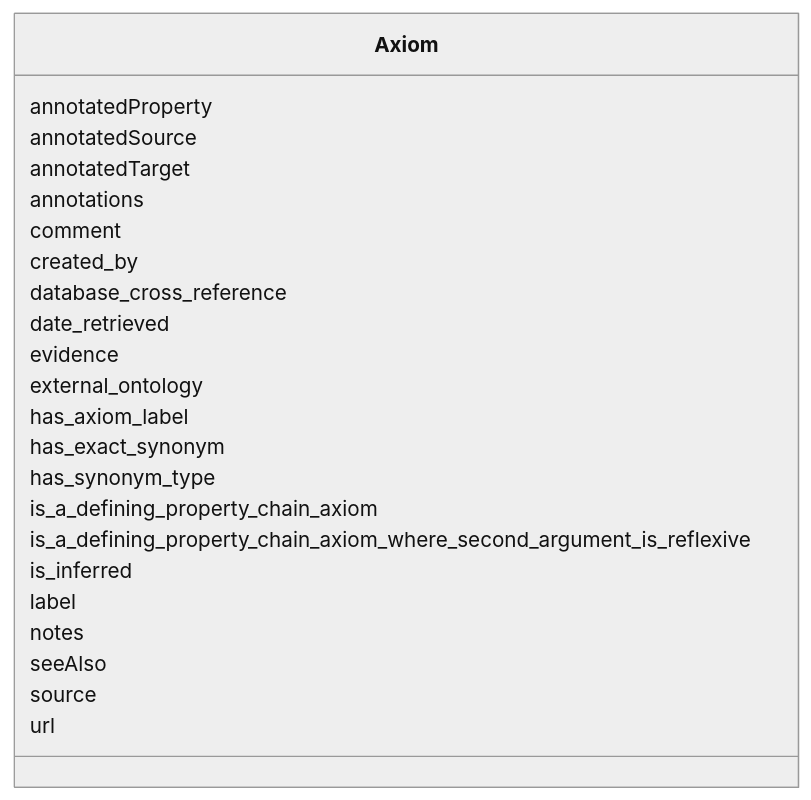
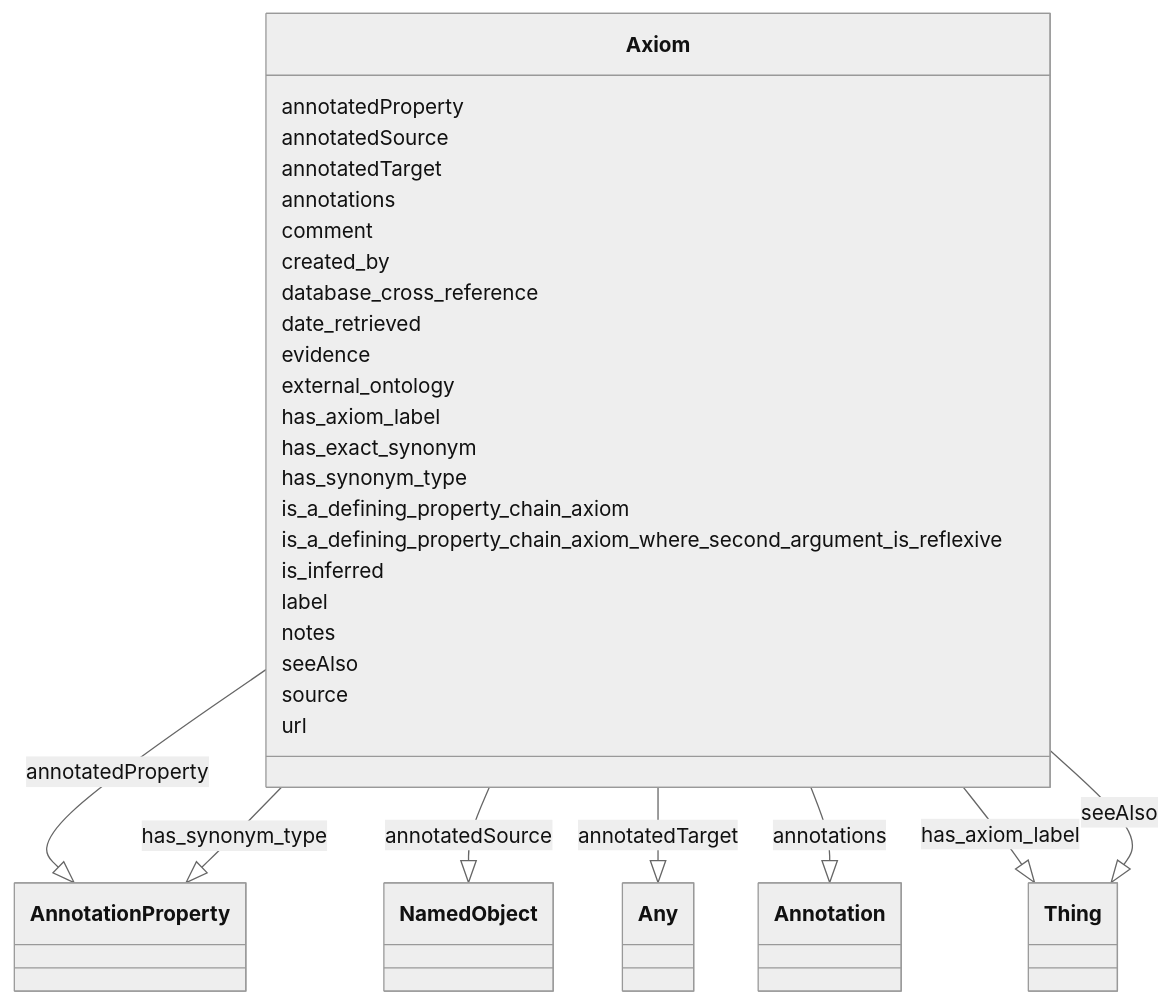
The diagram in ontology-metadata/Axiom.md (cthoyt/ontology-access-kit), drawn with Mermaid (neutral theme) before and after one commit. The commit also changed other lines of this file and 3287 other files, not shown here.

````diff
--- a/ontology-metadata/Axiom.md
+++ b/ontology-metadata/Axiom.md
@@ -11,26 +14,61 @@
 ```{mermaid}
  classDiagram
     class Axiom
       Axiom : annotatedProperty
+        
+          Axiom --|> AnnotationProperty : annotatedProperty
+        
       Axiom : annotatedSource
+        
+          Axiom --|> NamedObject : annotatedSource
+        
       Axiom : annotatedTarget
+        
+          Axiom --|> Any : annotatedTarget
+        
       Axiom : annotations
+        
+          Axiom --|> Annotation : annotations
+        
       Axiom : comment
+        
       Axiom : created_by
+        
       Axiom : database_cross_reference
+        
       Axiom : date_retrieved
+        
       Axiom : evidence
+        
       Axiom : external_ontology
+        
       Axiom : has_axiom_label
+        
+          Axiom --|> Thing : has_axiom_label
+        
       Axiom : has_exact_synonym
+        
       Axiom : has_synonym_type
+        
+          Axiom --|> AnnotationProperty : has_synonym_type
+        
       Axiom : is_a_defining_property_chain_axiom
+        
       Axiom : is_a_defining_property_chain_axiom_where_second_argument_is_reflexive
+        
       Axiom : is_inferred
+        
       Axiom : label
+        
       Axiom : notes
+        
       Axiom : seeAlso
+        
+          Axiom --|> Thing : seeAlso
+        
       Axiom : source
+        
       Axiom : url
+        
       
 ```
````
